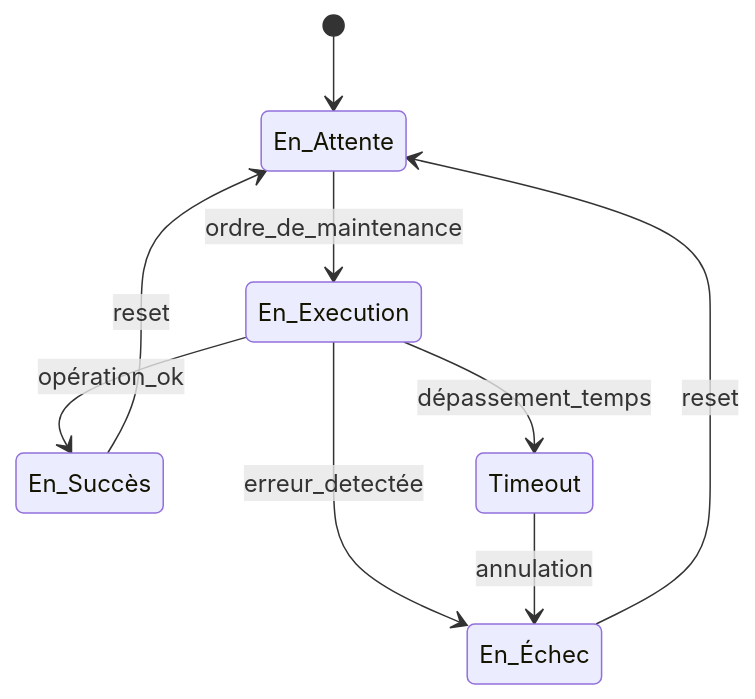
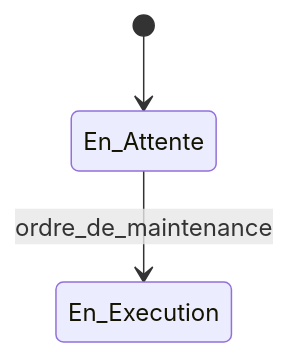
One commit to b2b-info/tp2-administration-librairie-cedricetarnaud changed the diagram in README.md. Above: the diagram before and after it, drawn with Mermaid.

````diff
--- a/README.md
+++ b/README.md
@@ -59,13 +59,6 @@
 ```mermaid
 stateDiagram-v2
     [*] --> En_Attente
 
     En_Attente --> En_Execution : ordre_de_maintenance
-    En_Execution --> En_Succès : opération_ok
-    En_Execution --> En_Échec : erreur_detectée
-    En_Execution --> Timeout : dépassement_temps
-    Timeout --> En_Échec : annulation
-
-    En_Succès --> En_Attente : reset
-    En_Échec --> En_Attente : reset
 ```
````
